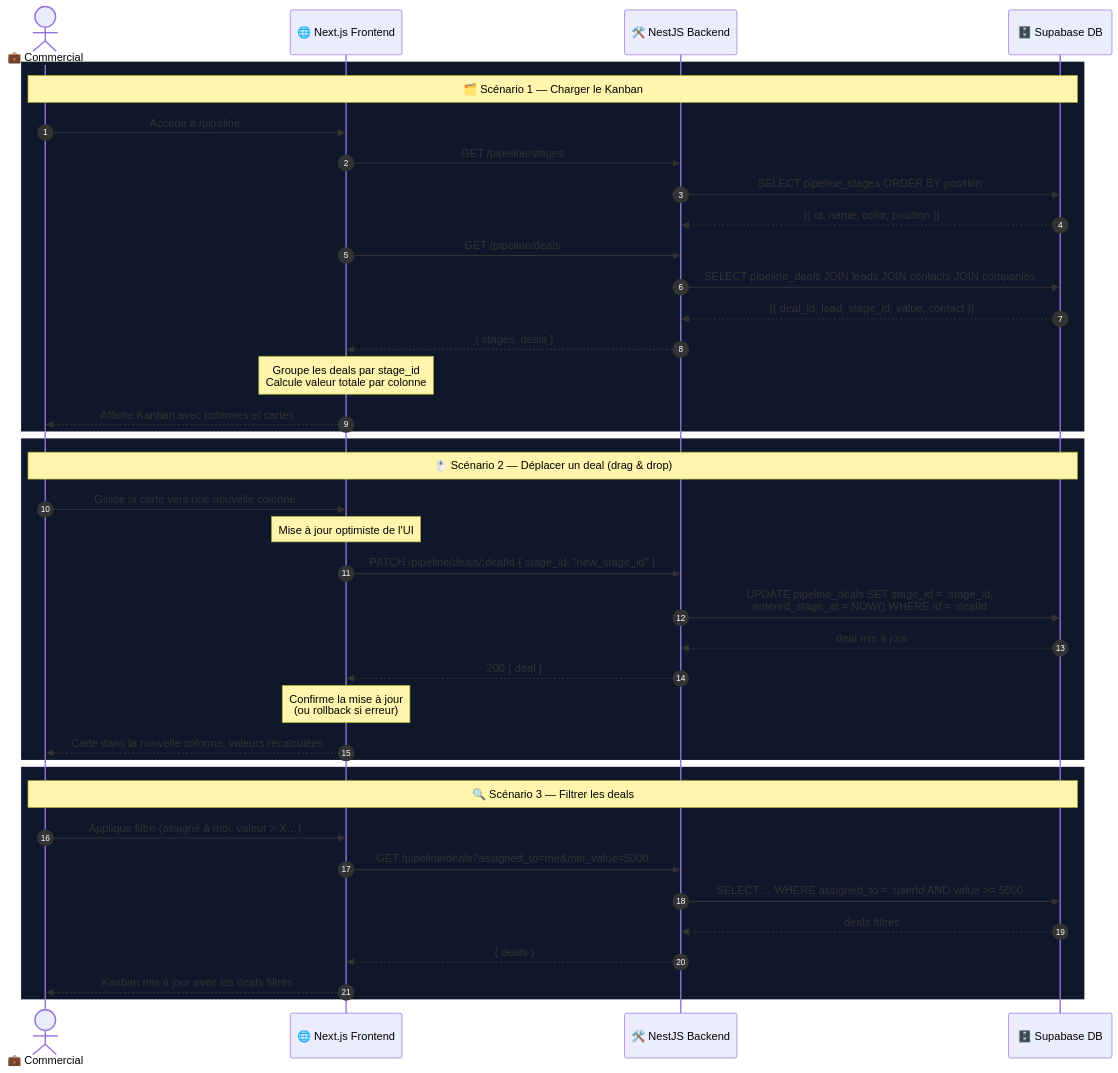
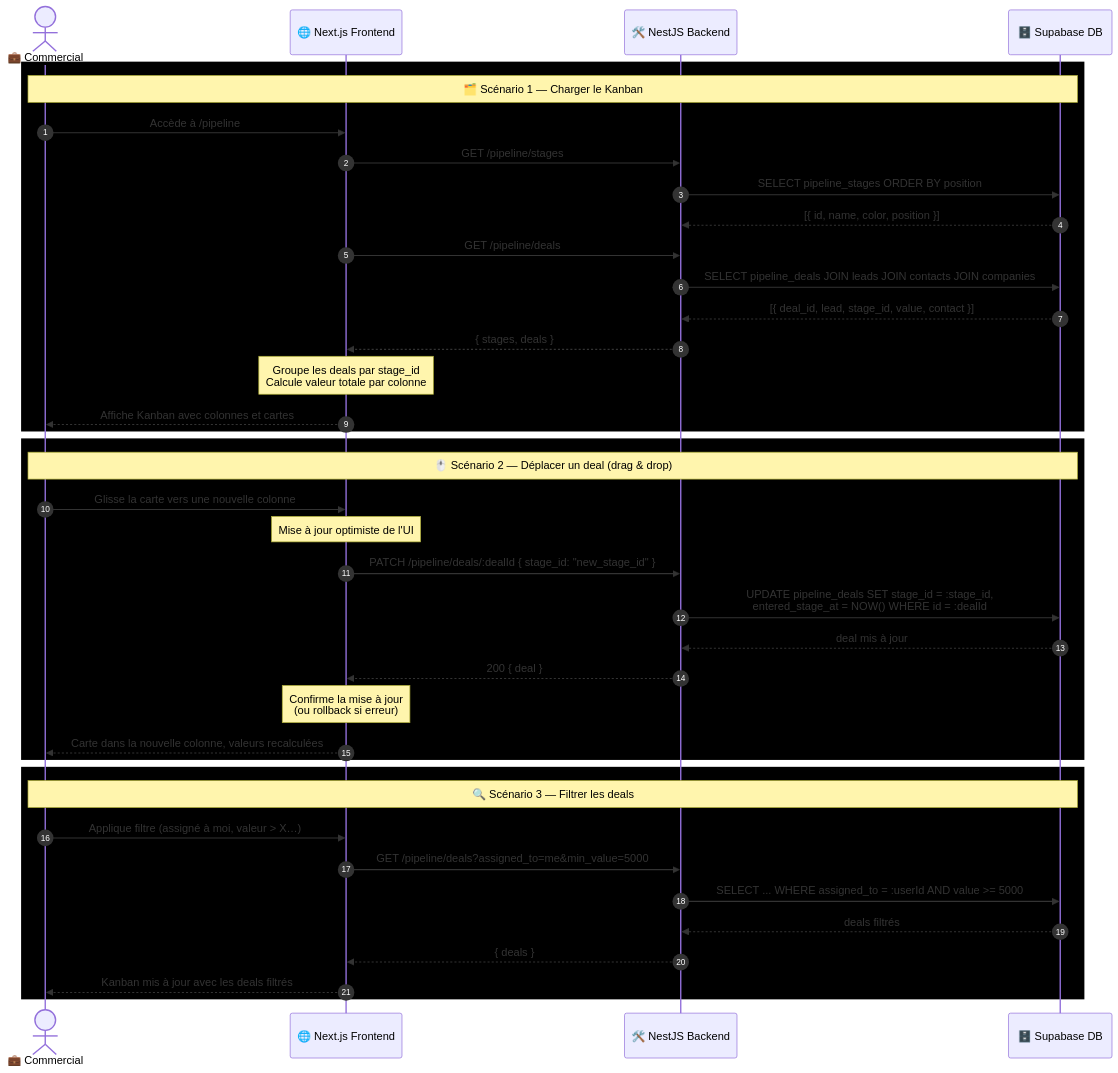
One commit to uciie/crm changed the diagram in docs/sequences/seq_pipeline.mermaid. Above: the diagram before and after it, drawn with Mermaid. The commit also changed 12 other files, not shown here.

```diff
--- a/docs/sequences/seq_pipeline.mermaid
+++ b/docs/sequences/seq_pipeline.mermaid
@@ -1,45 +1,45 @@
 sequenceDiagram
     autonumber
     actor C as 💼 Commercial
     participant FE as 🌐 Next.js Frontend
     participant BE as 🛠️ NestJS Backend
     participant DB as 🗄️ Supabase DB
 
     %% ─── CHARGER LE KANBAN ───────────────────────────────
-    rect rgb(15, 23, 42)
+    rect rgb(0, 0, 0)
         Note over C,DB: 🗂️ Scénario 1 — Charger le Kanban
         C->>FE: Accède à /pipeline
         FE->>BE: GET /pipeline/stages
         BE->>DB: SELECT pipeline_stages ORDER BY position
         DB-->>BE: [{ id, name, color, position }]
         FE->>BE: GET /pipeline/deals
         BE->>DB: SELECT pipeline_deals JOIN leads JOIN contacts JOIN companies
         DB-->>BE: [{ deal_id, lead, stage_id, value, contact }]
         BE-->>FE: { stages, deals }
         Note over FE: Groupe les deals par stage_id<br/>Calcule valeur totale par colonne
         FE-->>C: Affiche Kanban avec colonnes et cartes
     end
 
     %% ─── DRAG & DROP ─────────────────────────────────────
-    rect rgb(15, 23, 42)
+    rect rgb(0, 0, 0)
         Note over C,DB: 🖱️ Scénario 2 — Déplacer un deal (drag & drop)
         C->>FE: Glisse la carte vers une nouvelle colonne
         Note over FE: Mise à jour optimiste de l'UI
         FE->>BE: PATCH /pipeline/deals/:dealId { stage_id: "new_stage_id" }
         BE->>DB: UPDATE pipeline_deals SET stage_id = :stage_id,<br/>entered_stage_at = NOW() WHERE id = :dealId
         DB-->>BE: deal mis à jour
         BE-->>FE: 200 { deal }
         Note over FE: Confirme la mise à jour<br/>(ou rollback si erreur)
         FE-->>C: Carte dans la nouvelle colonne, valeurs recalculées
     end
 
     %% ─── FILTRER LES DEALS ───────────────────────────────
-    rect rgb(15, 23, 42)
+    rect rgb(0, 0, 0)
         Note over C,DB: 🔍 Scénario 3 — Filtrer les deals
         C->>FE: Applique filtre (assigné à moi, valeur > X…)
         FE->>BE: GET /pipeline/deals?assigned_to=me&min_value=5000
         BE->>DB: SELECT ... WHERE assigned_to = :userId AND value >= 5000
         DB-->>BE: deals filtrés
         BE-->>FE: { deals }
         FE-->>C: Kanban mis à jour avec les deals filtrés
     end
```
